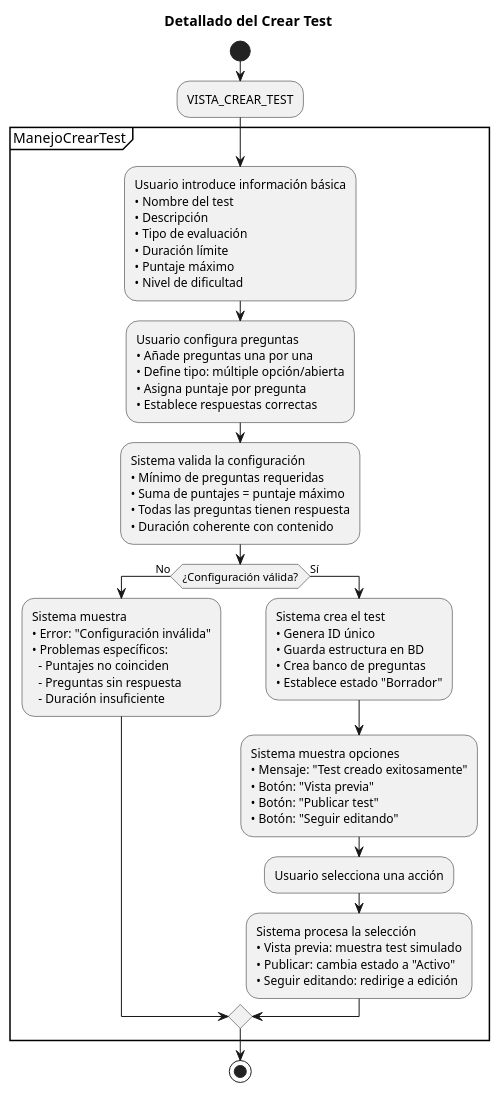
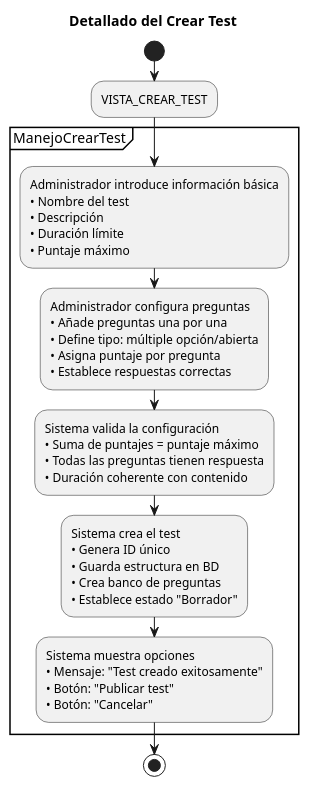
The diagram in casos_de_uso/diagramas_casos_de_uso_detallados/crear_test.puml (Dievex/24-25-IdSw1-SDR), drawn with PlantUML before and after one commit.

Commit message:
refactor(use-case-diagram): simplify test creation process in UML diagram

```diff
--- a/casos_de_uso/diagramas_casos_de_uso_detallados/crear_test.puml
+++ b/casos_de_uso/diagramas_casos_de_uso_detallados/crear_test.puml
@@ -1,63 +1,45 @@
 @startuml
 title Detallado del Crear Test
 
 start
 
 :VISTA_CREAR_TEST;
 
 partition ManejoCrearTest {
   
-  :Usuario introduce información básica
+  :Administrador introduce información básica
   • Nombre del test
   • Descripción
-  • Tipo de evaluación
   • Duración límite
-  • Puntaje máximo
-  • Nivel de dificultad;
+  • Puntaje máximo;
   
-  :Usuario configura preguntas
+  
+  :Administrador configura preguntas
   • Añade preguntas una por una
   • Define tipo: múltiple opción/abierta
   • Asigna puntaje por pregunta
   • Establece respuestas correctas;
   
   :Sistema valida la configuración
-  • Mínimo de preguntas requeridas
   • Suma de puntajes = puntaje máximo
   • Todas las preguntas tienen respuesta
   • Duración coherente con contenido;
   
-  if (¿Configuración válida?) then (No)
-    :Sistema muestra
-    • Error: "Configuración inválida"
-    • Problemas específicos:
-      - Puntajes no coinciden
-      - Preguntas sin respuesta
-      - Duración insuficiente;
+ 
+  :Sistema crea el test
+  • Genera ID único
+  • Guarda estructura en BD
+  • Crea banco de preguntas
+  • Establece estado "Borrador";
     
-  else (Sí)
-    :Sistema crea el test
-    • Genera ID único
-    • Guarda estructura en BD
-    • Crea banco de preguntas
-    • Establece estado "Borrador";
+ :Sistema muestra opciones
+ • Mensaje: "Test creado exitosamente"
+ • Botón: "Publicar test"
+ • Botón: "Cancelar";
     
-    :Sistema muestra opciones
-    • Mensaje: "Test creado exitosamente"
-    • Botón: "Vista previa"
-    • Botón: "Publicar test"
-    • Botón: "Seguir editando";
-    
-    :Usuario selecciona una acción;
-    
-    :Sistema procesa la selección
-    • Vista previa: muestra test simulado
-    • Publicar: cambia estado a "Activo"
-    • Seguir editando: redirige a edición;
-    
-  endif
+
   
 }
 
 stop
 @enduml
```
